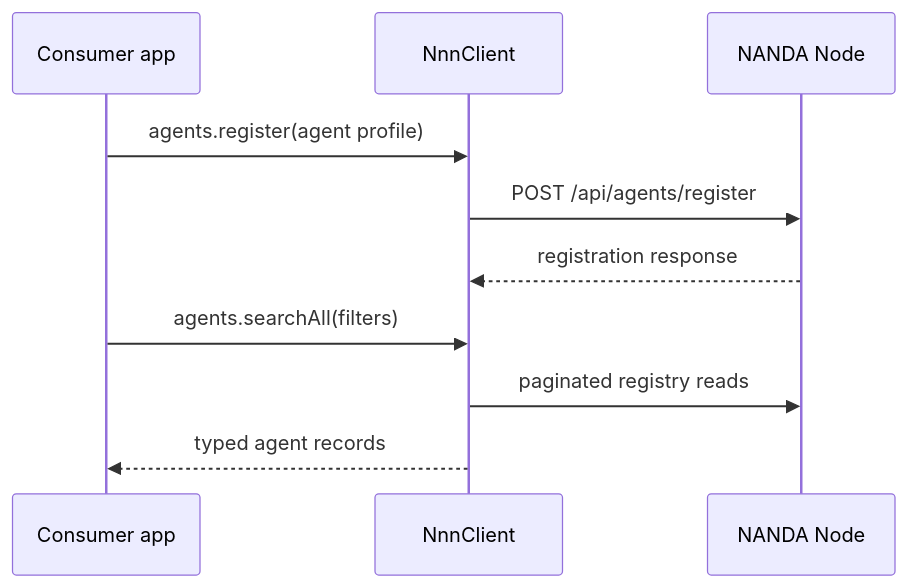
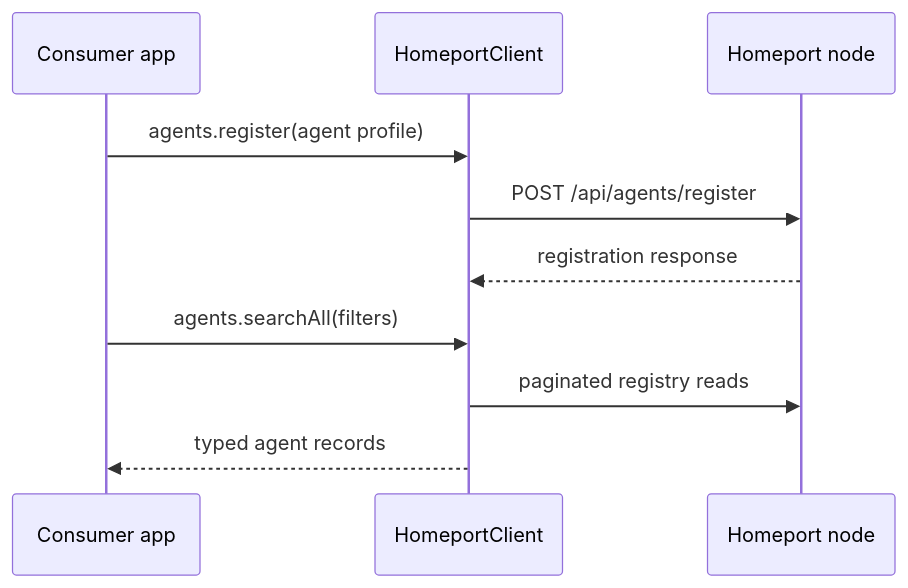
The second of 3 diagrams in docs/PRODUCT_ARCHITECTURE.md (Nexartis/homeport-sdk), drawn with Mermaid before and after one commit. The commit also changed other lines of this file and 78 other files, not shown here.

First line of the commit message:
feat!: rebrand to @nexartis/homeport-sdk 1.0.0 — the Homeport SDK

````diff
--- a/docs/PRODUCT_ARCHITECTURE.md
+++ b/docs/PRODUCT_ARCHITECTURE.md
@@ -69,12 +69,13 @@
 ```mermaid
 sequenceDiagram
   participant App as Consumer app
-  participant SDK as NnnClient
-  participant Node as NANDA Node
+  participant SDK as HomeportClient
+  participant Node as Homeport node
   App->>SDK: agents.register(agent profile)
   SDK->>Node: POST /api/agents/register
+
   Node-->>SDK: registration response
   App->>SDK: agents.searchAll(filters)
   SDK->>Node: paginated registry reads
   SDK-->>App: typed agent records
 ```
````
